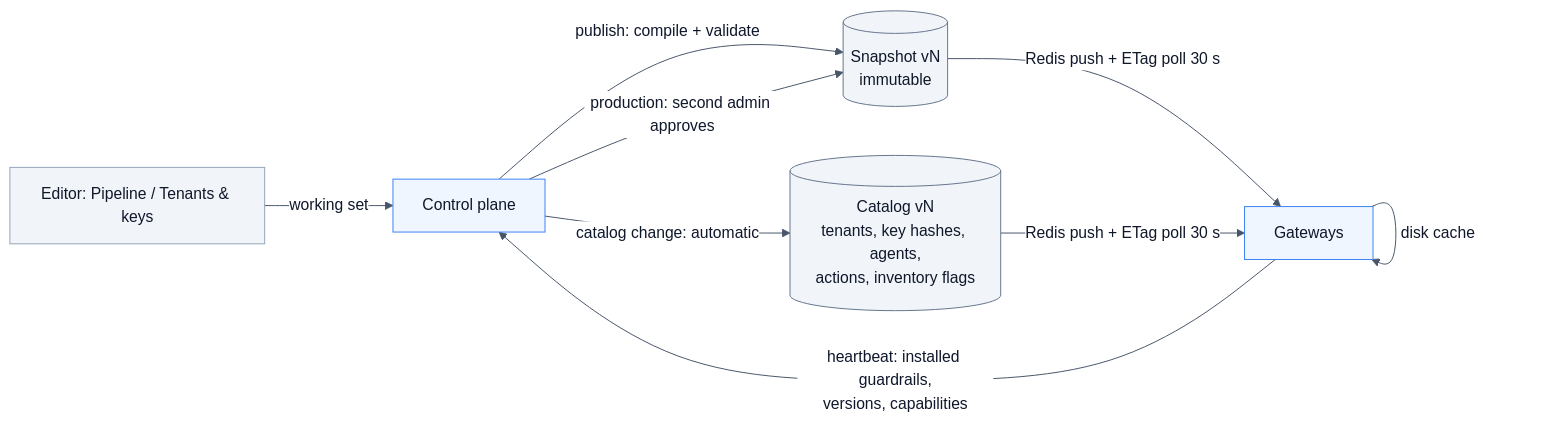
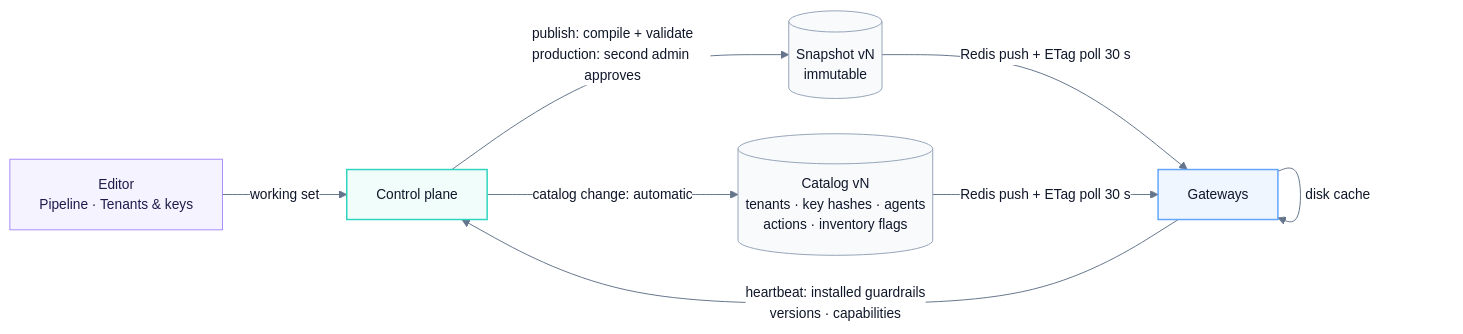
One commit to ramsha287/policy-guardrails-agent changed the fourth of 5 diagrams in docs/architecture.md. Above: the diagram before and after it, drawn with Mermaid. The commit also changed other lines of this file and 65 other files, not shown here.

````diff
--- a/docs/architecture.md
+++ b/docs/architecture.md
@@ -146,18 +230,23 @@
 ```mermaid
-%%{init: {"theme": "base", "themeVariables": {"primaryTextColor": "#0f172a", "lineColor": "#475569", "edgeLabelBackground": "#ffffff"}}}%%
+%%{init: {"theme": "base", "fontFamily": "Helvetica, Arial, sans-serif", "themeVariables": {"fontSize": "14px", "primaryTextColor": "#0f172a", "lineColor": "#64748b", "clusterBkg": "#fbfcfe", "clusterBorder": "#e2e8f0", "edgeLabelBackground": "#ffffff"}, "flowchart": {"curve": "basis", "nodeSpacing": 36, "rankSpacing": 56}}}%%
 flowchart LR
-  E[Editor: Pipeline / Tenants & keys] -->|working set| CP[Control plane]
-  CP -->|publish: compile + validate| S[(Snapshot vN<br/>immutable)]
-  CP -->|production: second admin approves| S
-  CP -->|catalog change: automatic| C[(Catalog vN<br/>tenants, key hashes, agents,<br/>actions, inventory flags)]
-  S & C -->|Redis push + ETag poll 30 s| GW[Gateways]
-  GW -->|disk cache| GW
-  GW -->|heartbeat: installed guardrails,<br/>versions, capabilities| CP
+  E["Editor<br/>Pipeline · Tenants & keys"] -- "working set" --> CP["Control plane"]
+  CP -- "publish: compile + validate<br/>production: second admin approves" --> S[("Snapshot vN<br/>immutable")]
+  CP -- "catalog change: automatic" --> C[("Catalog vN<br/>tenants · key hashes · agents<br/>actions · inventory flags")]
+  S & C -- "Redis push + ETag poll 30 s" --> GW["Gateways"]
+  GW -- "disk cache" --> GW
+  GW -- "heartbeat: installed guardrails<br/>versions · capabilities" --> CP
 
-  classDef client fill:#f1f5f9,stroke:#94a3b8,color:#0f172a
-  classDef service fill:#eff6ff,stroke:#3b82f6,color:#0f172a
-  classDef store fill:#f1f5f9,stroke:#64748b,color:#0f172a
+  classDef client fill:#f5f3ff,stroke:#a78bfa,stroke-width:1px,color:#1e1b4b
+  classDef edge fill:#eff6ff,stroke:#60a5fa,stroke-width:1.5px,color:#0f172a
+  classDef control fill:#f0fdfa,stroke:#2dd4bf,stroke-width:1.5px,color:#0f172a
+  classDef guard fill:#f0fdf4,stroke:#4ade80,stroke-width:1.5px,color:#052e16
+  classDef mfw fill:#ecfdf5,stroke:#059669,stroke-width:2px,color:#052e16
+  classDef store fill:#f8fafc,stroke:#94a3b8,stroke-width:1px,color:#0f172a
+  classDef external fill:#ffffff,stroke:#cbd5e1,stroke-width:1px,stroke-dasharray:4 3,color:#334155
+  classDef finding fill:#fffbeb,stroke:#fbbf24,stroke-width:1px,color:#78350f
   class E client
-  class CP,GW service
+  class CP control
+  class GW edge
   class S,C store
 ```
````
